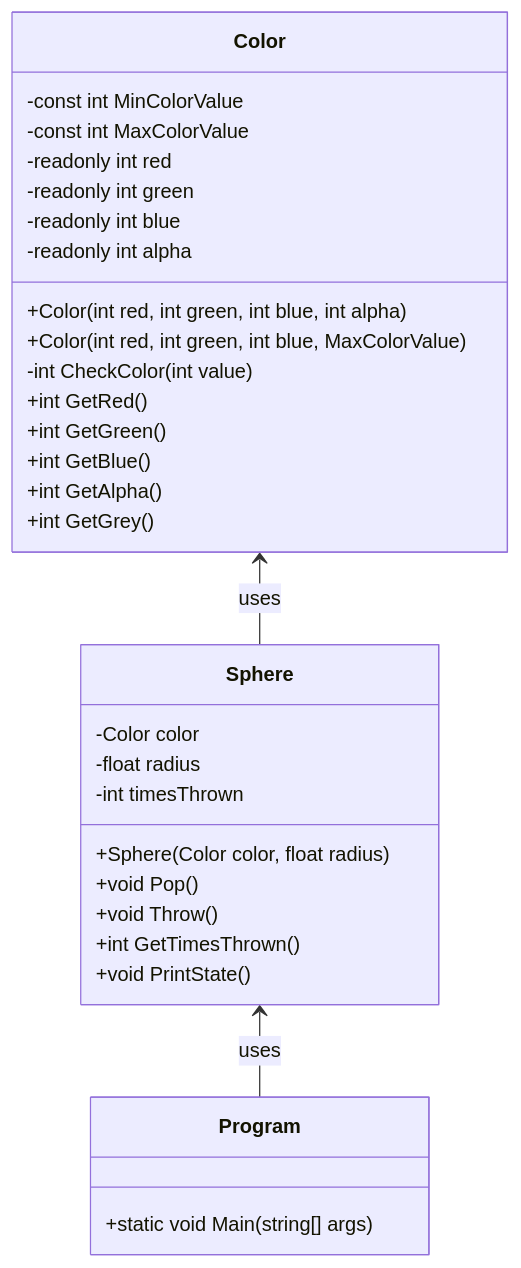
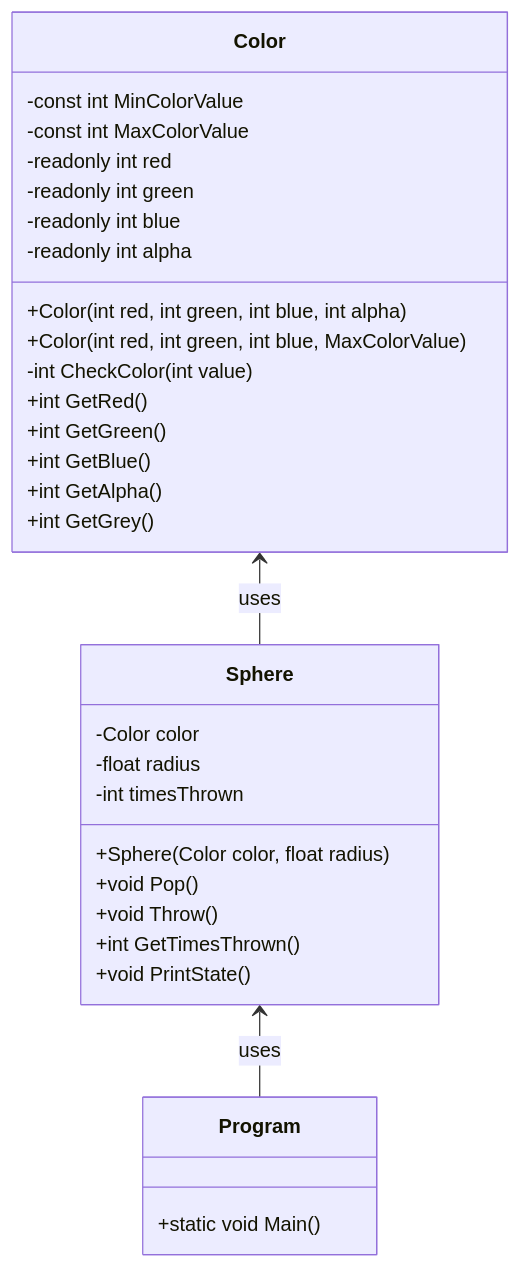
Before and after one commit to DinisB/LP1Semana07: the diagram in BetterColorSpheres/README.md, drawn with Mermaid. The commit also changed 5 other files, not shown here.

````diff
--- a/BetterColorSpheres/README.md
+++ b/BetterColorSpheres/README.md
@@ -1,37 +1,37 @@
 ```mermaid
 classDiagram
     class Color {
         -const int MinColorValue
         -const int MaxColorValue
         -readonly int red
         -readonly int green
         -readonly int blue
         -readonly int alpha
         +Color(int red, int green, int blue, int alpha)
         +Color(int red, int green, int blue, MaxColorValue)
         -int CheckColor(int value)
         +int GetRed()
         +int GetGreen()
         +int GetBlue()
         +int GetAlpha()
         +int GetGrey()
     }
 
     class Sphere {
         -Color color
         -float radius
         -int timesThrown
         +Sphere(Color color, float radius)
         +void Pop()
         +void Throw()
         +int GetTimesThrown()
         +void PrintState()
     }
 
     class Program {
-        +static void Main(string[] args)
+        +static void Main()
     }
 
     Color <-- Sphere : uses
     Sphere <-- Program : uses
 ```
````
